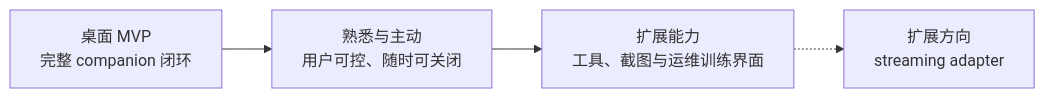
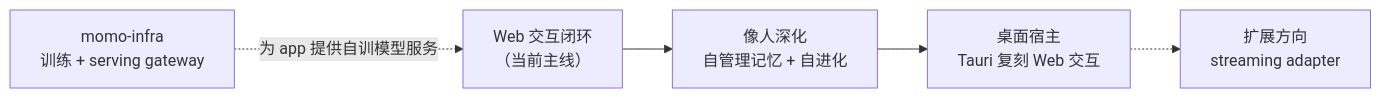
One commit to Momoyeyu/momo changed the diagram in docs/00-context/roadmap.md. Above: the diagram before and after it, drawn with Mermaid. The commit also changed other lines of this file and 18 other files, not shown here.

Commit message:
docs: correct product direction — humanlike companion core, web-first host, repo split plan, provider boundary

````diff
--- a/docs/00-context/roadmap.md
+++ b/docs/00-context/roadmap.md
@@ -7,6 +7,7 @@
 ```mermaid
 flowchart LR
-    MVP["桌面 MVP<br/>完整 companion 闭环"] --> FAMILIAR["熟悉与主动<br/>用户可控、随时可关闭"]
-    FAMILIAR --> EXTEND["扩展能力<br/>工具、截图与运维训练界面"]
-    EXTEND -.-> FUTURE["扩展方向<br/>streaming adapter"]
+    WEB["Web 交互闭环<br/>（当前主线）"] --> DEPTH["像人深化<br/>自管理记忆 + 自进化"]
+    DEPTH --> HOST["桌面宿主<br/>Tauri 复刻 Web 交互"]
+    HOST -.-> FUTURE["扩展方向<br/>streaming adapter"]
+    INFRA["momo-infra<br/>训练 + serving gateway"] -.->|"为 app 提供自训模型服务"| WEB
 ```
````
